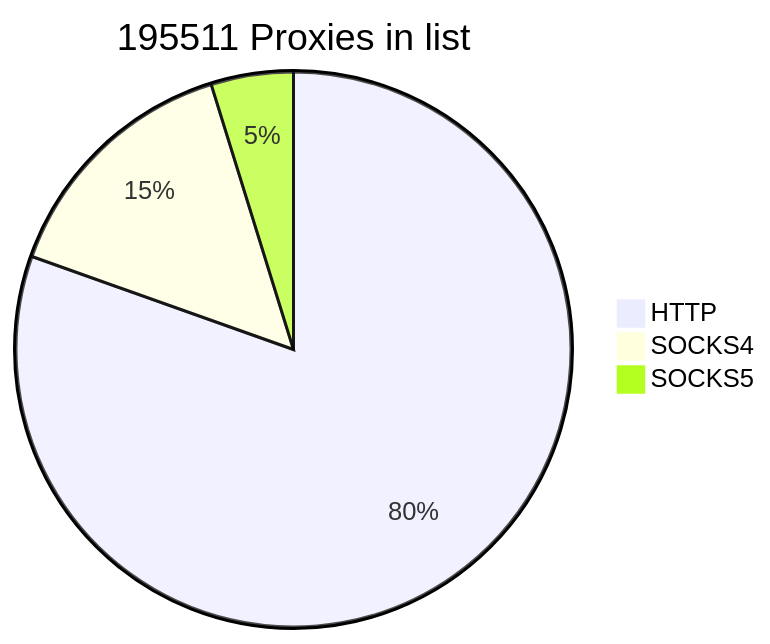
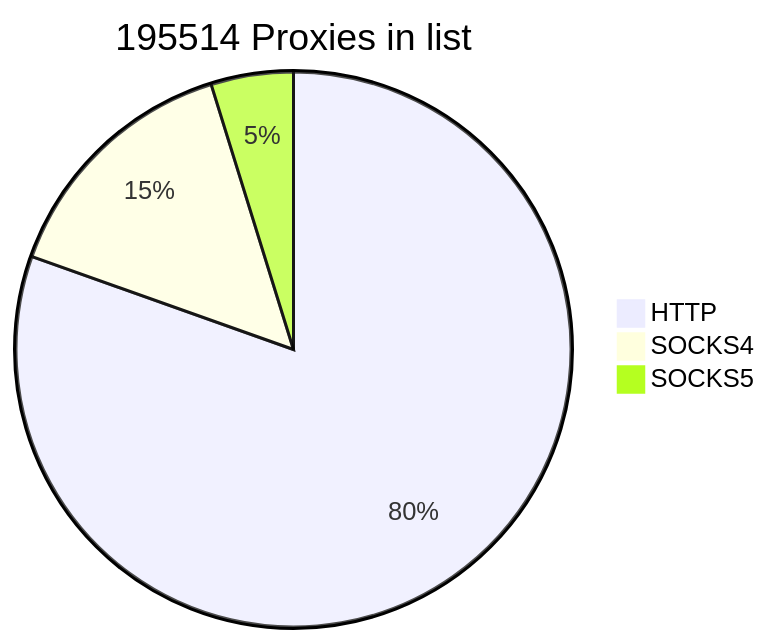
The first of 2 diagrams in README.md (cutipu/proxylist), drawn with Mermaid before and after one commit. The commit also changed other lines of this file, not shown here.

````diff
--- a/README.md
+++ b/README.md
@@ -2,7 +2,7 @@
 ```mermaid
-pie title 195511 Proxies in list
+pie title 195514 Proxies in list
     "HTTP" : 157265
     "SOCKS4" : 28880
-    "SOCKS5" : 9366
+    "SOCKS5" : 9369
             
 ```
````
